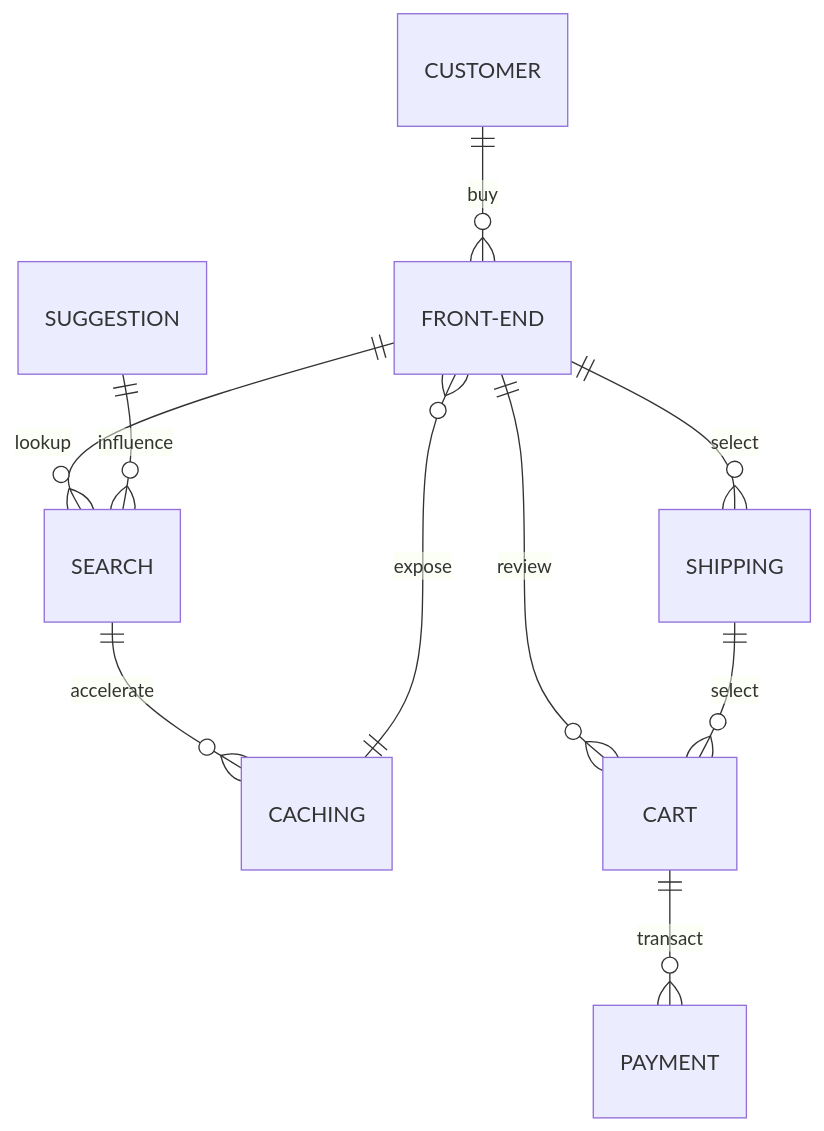
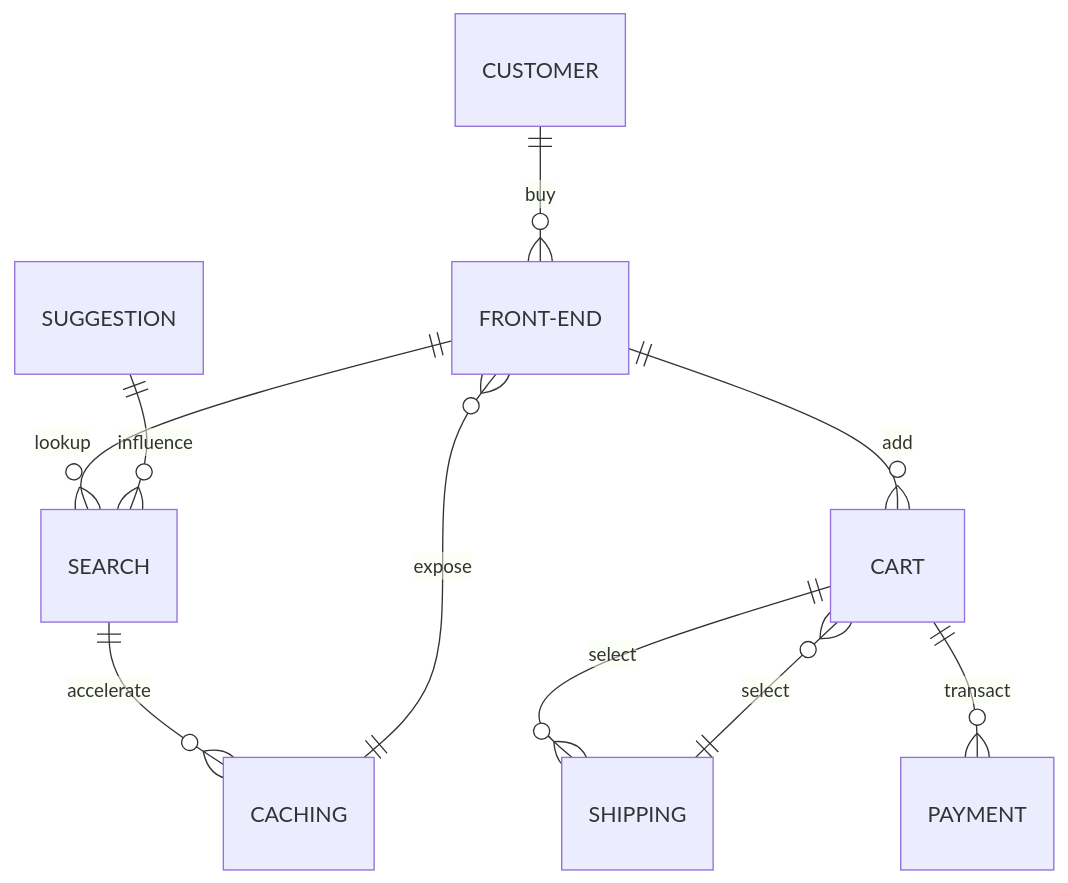
The second of 2 diagrams in docs/concepts.md (beezy-cloud/project-pancake), drawn with Mermaid before and after one commit.

````diff
--- a/docs/concepts.md
+++ b/docs/concepts.md
@@ -62,12 +62,12 @@
 ```mermaid
    erDiagram
    CUSTOMER ||--o{ FRONT-END : buy
    FRONT-END ||--o{ SEARCH : lookup
    SUGGESTION ||--o{ SEARCH : influence
    SEARCH ||--o{ CACHING : accelerate
    CACHING ||--o{ FRONT-END: expose
-   FRONT-END ||--o{ CART : review
-   FRONT-END ||--o{ SHIPPING : select
+   FRONT-END ||--o{ CART : add
+   CART ||--o{ SHIPPING : select
    SHIPPING ||--o{ CART : select
    CART ||--o{ PAYMENT : transact
 ```
````
